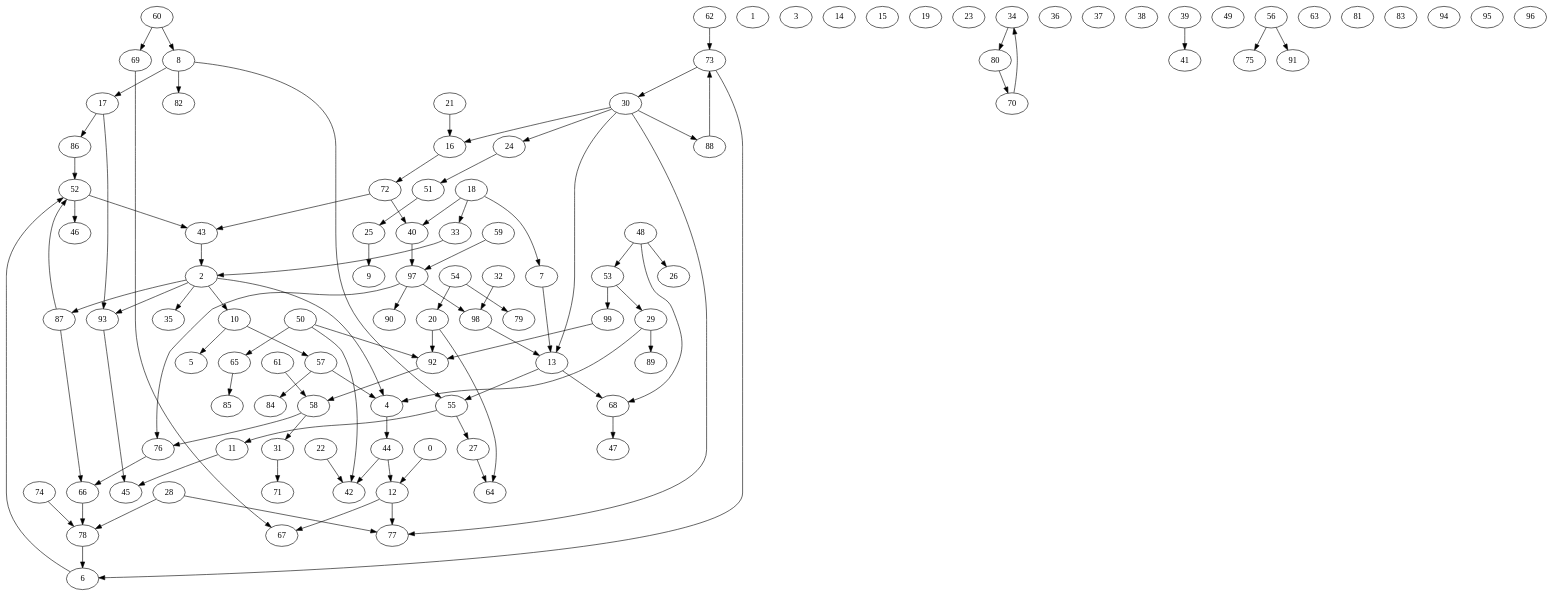
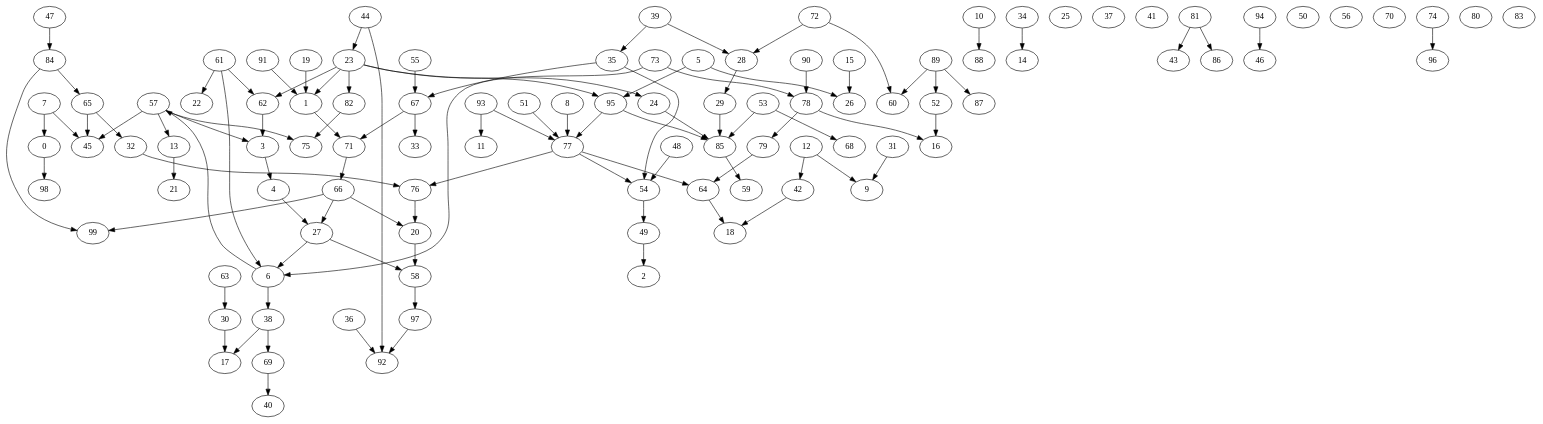
The diagram in images/gv/Erdos_directed_100.gv (ablarry/pygraph), drawn with Graphviz before and after one commit. The commit also changed 19 other files, not shown here.

```diff
--- a/images/gv/Erdos_directed_100.gv
+++ b/images/gv/Erdos_directed_100.gv
@@ -99,104 +99,104 @@
 	97 [label=97]
 	98 [label=98]
 	99 [label=99]
-	76 -> 66
+	34 -> 14
+	85 -> 59
+	78 -> 79
+	71 -> 66
+	23 -> 82
+	61 -> 22
+	69 -> 40
+	35 -> 67
+	27 -> 58
+	57 -> 75
+	38 -> 17
+	84 -> 99
+	53 -> 68
+	84 -> 65
+	23 -> 95
+	79 -> 64
+	81 -> 86
+	78 -> 16
+	29 -> 85
+	24 -> 85
+	12 -> 9
+	4 -> 27
+	31 -> 9
+	49 -> 2
+	47 -> 84
+	66 -> 20
+	72 -> 60
+	7 -> 0
+	67 -> 71
+	53 -> 85
+	42 -> 18
+	64 -> 18
+	57 -> 13
 	73 -> 6
-	44 -> 12
-	57 -> 4
-	20 -> 64
-	97 -> 98
-	60 -> 8
-	13 -> 55
-	44 -> 42
-	59 -> 97
-	0 -> 12
-	2 -> 93
-	31 -> 71
-	74 -> 78
-	48 -> 26
-	72 -> 40
-	2 -> 35
-	87 -> 66
-	62 -> 73
-	57 -> 84
-	78 -> 6
-	28 -> 78
-	18 -> 33
-	8 -> 82
-	22 -> 42
-	48 -> 53
-	99 -> 92
-	12 -> 67
-	58 -> 31
-	20 -> 92
-	54 -> 79
-	4 -> 44
-	66 -> 78
-	92 -> 58
-	10 -> 5
-	55 -> 11
-	48 -> 68
-	53 -> 99
-	33 -> 2
-	21 -> 16
-	50 -> 42
-	98 -> 13
-	88 -> 73
-	60 -> 69
-	58 -> 76
-	87 -> 52
-	69 -> 67
-	24 -> 51
-	18 -> 7
-	12 -> 77
-	8 -> 17
-	30 -> 13
-	2 -> 10
-	17 -> 93
-	55 -> 27
-	10 -> 57
-	93 -> 45
-	28 -> 77
-	13 -> 68
-	30 -> 88
-	73 -> 30
-	29 -> 4
-	30 -> 16
-	7 -> 13
-	86 -> 52
-	72 -> 43
-	52 -> 46
-	32 -> 98
-	65 -> 85
-	50 -> 92
-	97 -> 76
-	51 -> 25
-	30 -> 77
-	54 -> 20
-	40 -> 97
-	80 -> 70
-	16 -> 72
-	11 -> 45
-	2 -> 87
-	43 -> 2
-	70 -> 34
-	27 -> 64
-	56 -> 75
-	6 -> 52
-	29 -> 89
-	50 -> 65
-	53 -> 29
-	2 -> 4
-	39 -> 41
-	25 -> 9
-	52 -> 43
-	18 -> 40
-	8 -> 55
-	97 -> 90
-	17 -> 86
-	56 -> 91
-	34 -> 80
-	30 -> 24
-	68 -> 47
-	61 -> 58
+	1 -> 71
+	30 -> 17
+	58 -> 97
+	67 -> 33
+	54 -> 49
+	44 -> 92
+	39 -> 28
+	3 -> 4
+	23 -> 62
+	20 -> 58
+	5 -> 95
+	72 -> 28
+	62 -> 3
+	32 -> 76
+	97 -> 92
+	82 -> 75
+	19 -> 1
+	44 -> 23
+	76 -> 20
+	39 -> 35
+	12 -> 42
+	77 -> 64
+	5 -> 26
+	48 -> 54
+	8 -> 77
+	95 -> 85
+	35 -> 54
+	23 -> 24
+	36 -> 92
+	63 -> 30
+	61 -> 62
+	93 -> 77
+	51 -> 77
+	38 -> 69
+	61 -> 6
+	89 -> 52
+	91 -> 1
+	81 -> 43
+	23 -> 1
+	93 -> 11
+	66 -> 99
+	74 -> 96
+	57 -> 45
+	65 -> 45
+	10 -> 88
+	77 -> 76
+	90 -> 78
+	55 -> 67
+	95 -> 77
+	65 -> 32
+	7 -> 45
+	89 -> 87
+	27 -> 6
+	52 -> 16
+	0 -> 98
+	13 -> 21
+	89 -> 60
+	28 -> 29
+	94 -> 46
+	73 -> 78
+	77 -> 54
+	57 -> 3
+	66 -> 27
+	6 -> 38
+	15 -> 26
+	6 -> 57
 }
```
